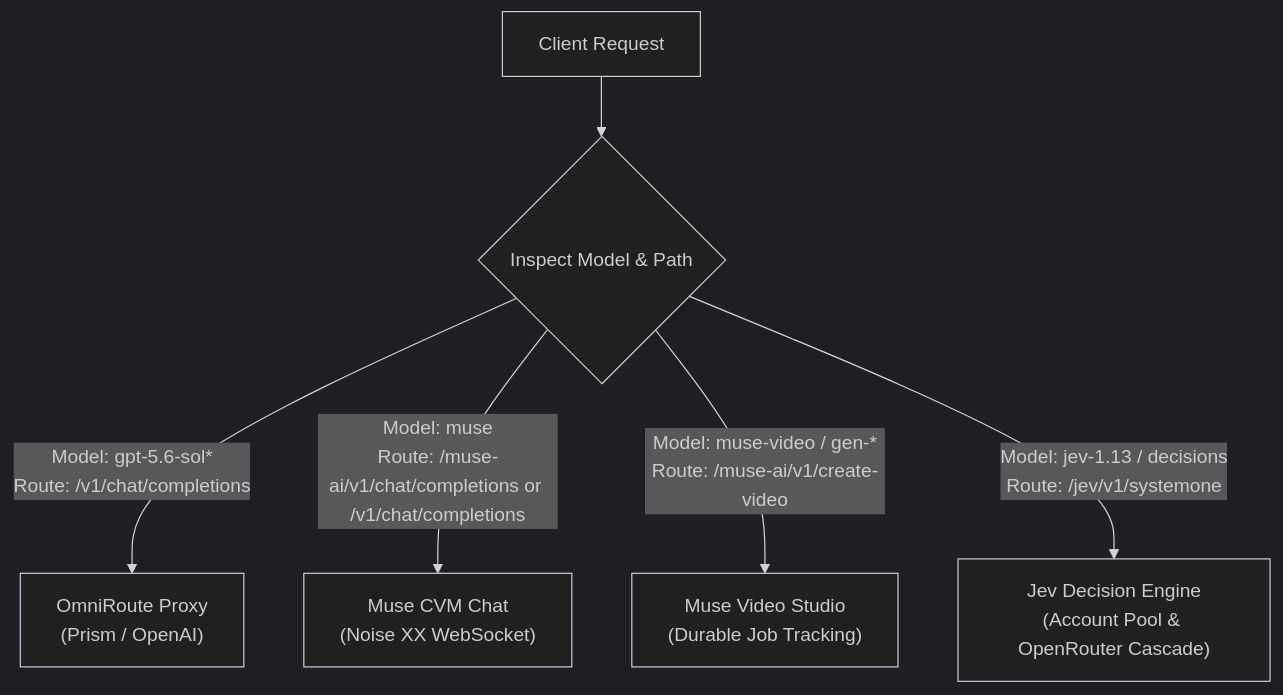
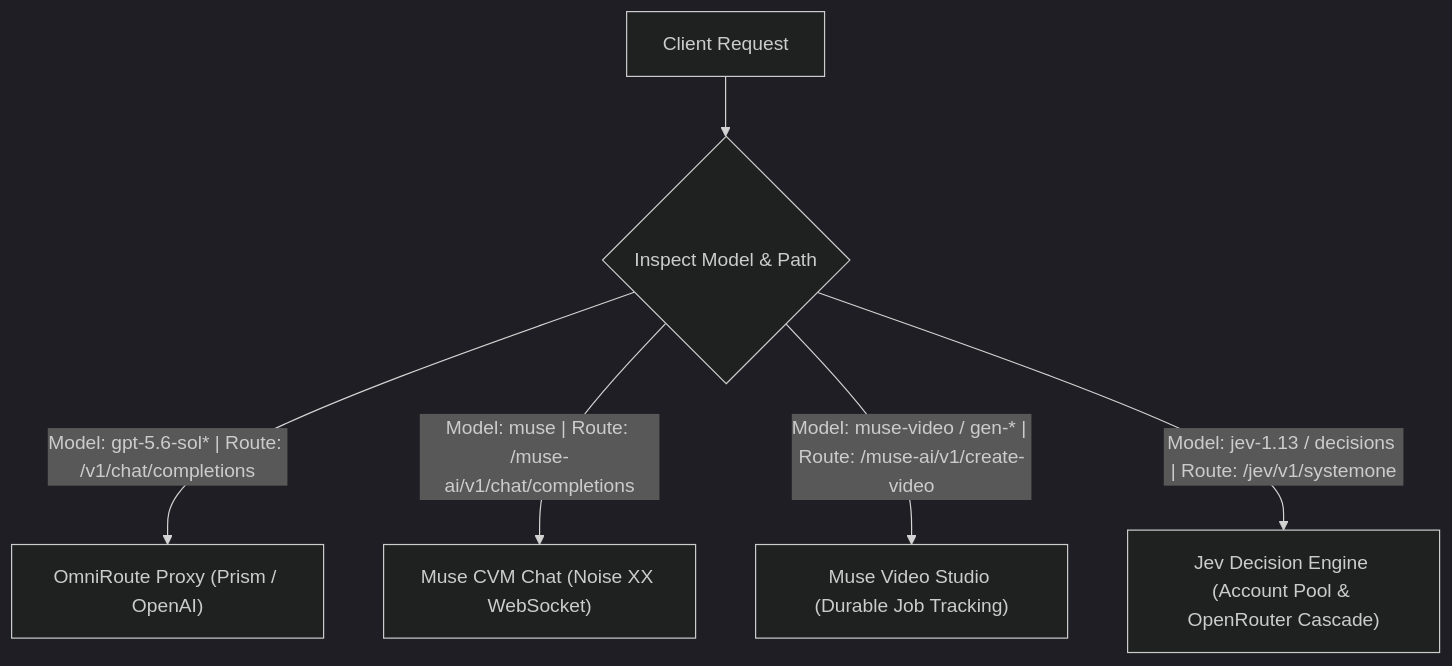
Before and after one commit to giauphan/toolcase-gateway: the diagram in docs/MODELS.md, drawn with Mermaid (dark theme). The commit also changed 89 other files, not shown here.

````diff
--- a/docs/MODELS.md
+++ b/docs/MODELS.md
@@ -28,9 +28,9 @@
 ```mermaid
-graph TD
+flowchart TD
     Client["Client Request"] --> Router{"Inspect Model & Path"}
-    
-    Router -->|"Model: gpt-5.6-sol*<br>Route: /v1/chat/completions"| OmniRoute["OmniRoute Proxy<br>(Prism / OpenAI)"]
-    Router -->|"Model: muse<br>Route: /muse-ai/v1/chat/completions or /v1/chat/completions"| MuseChat["Muse CVM Chat<br>(Noise XX WebSocket)"]
-    Router -->|"Model: muse-video / gen-*<br>Route: /muse-ai/v1/create-video"| MuseVideo["Muse Video Studio<br>(Durable Job Tracking)"]
-    Router -->|"Model: jev-1.13 / decisions<br>Route: /jev/v1/systemone"| JevEngine["Jev Decision Engine<br>(Account Pool & OpenRouter Cascade)"]
+
+    Router -->|"Model: gpt-5.6-sol* | Route: /v1/chat/completions"| OmniRoute["OmniRoute Proxy (Prism / OpenAI)"]
+    Router -->|"Model: muse | Route: /muse-ai/v1/chat/completions"| MuseChat["Muse CVM Chat (Noise XX WebSocket)"]
+    Router -->|"Model: muse-video / gen-* | Route: /muse-ai/v1/create-video"| MuseVideo["Muse Video Studio (Durable Job Tracking)"]
+    Router -->|"Model: jev-1.13 / decisions | Route: /jev/v1/systemone"| JevEngine["Jev Decision Engine (Account Pool & OpenRouter Cascade)"]
 ```
````
